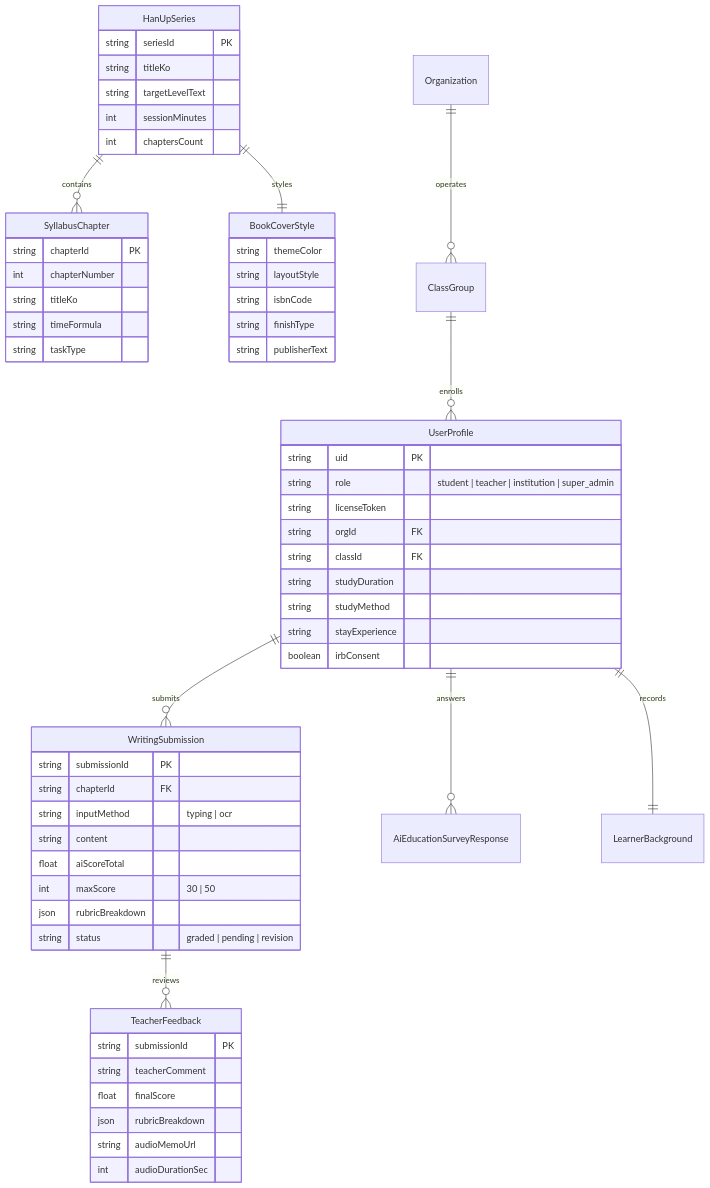
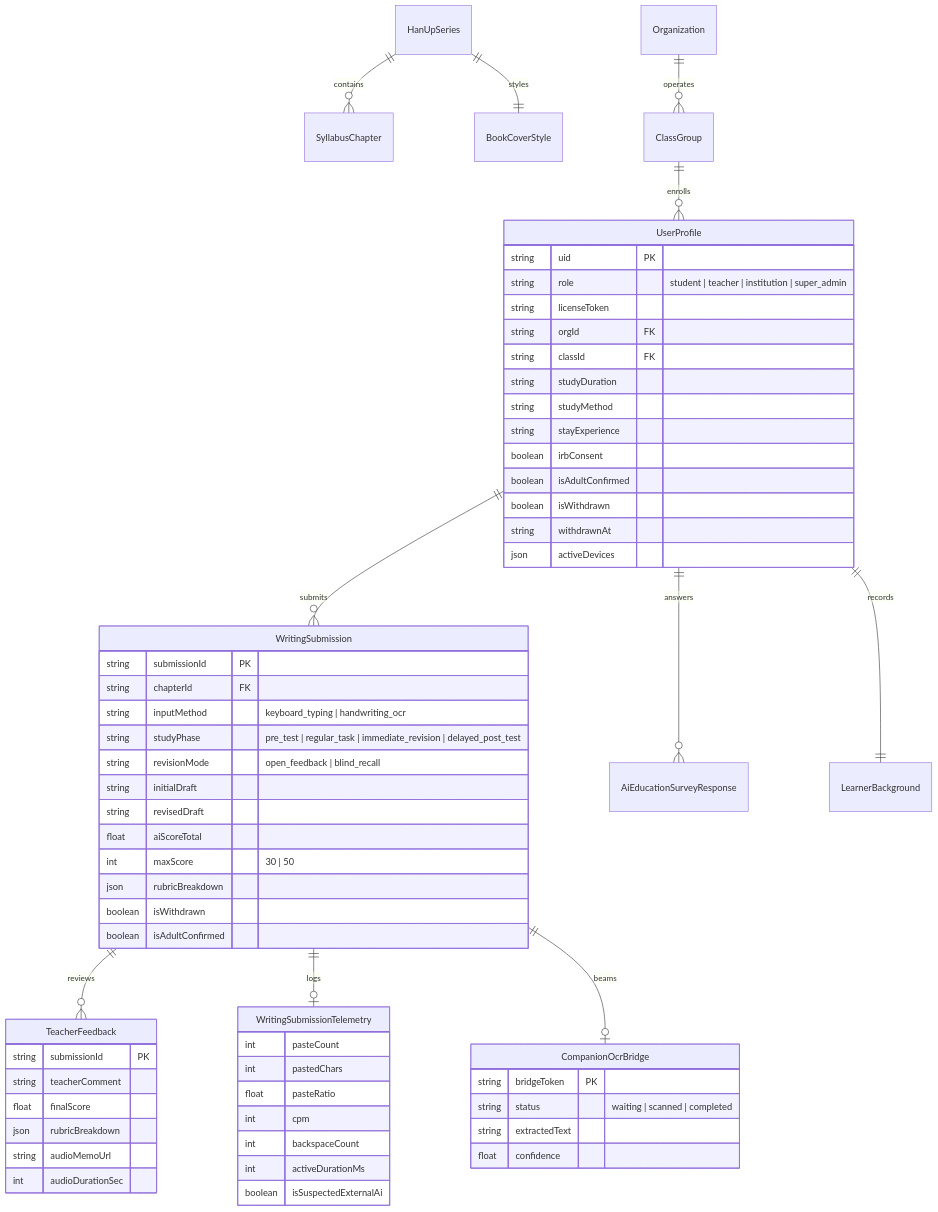
One commit to kfltchJUNO/hanup-platform changed the sixth of 6 diagrams in HANUP_ARCHITECTURE_AND_IMPLEMENTATION_REPORT.md. Above: the diagram before and after it, drawn with Mermaid. The commit also changed other lines of this file and 10 other files, not shown here.

Commit message:
feat: implement dual-session companion OCR, webview defense, hard gate, telemetry & longitudinal IRB controls

````diff
--- a/HANUP_ARCHITECTURE_AND_IMPLEMENTATION_REPORT.md
+++ b/HANUP_ARCHITECTURE_AND_IMPLEMENTATION_REPORT.md
@@ -235,62 +250,66 @@
 ```mermaid
 erDiagram
     HanUpSeries ||--o{ SyllabusChapter : contains
     HanUpSeries ||--|| BookCoverStyle : styles
     Organization ||--o{ ClassGroup : operates
     ClassGroup ||--o{ UserProfile : enrolls
     UserProfile ||--o{ WritingSubmission : submits
     WritingSubmission ||--o{ TeacherFeedback : reviews
     UserProfile ||--o{ AiEducationSurveyResponse : answers
     UserProfile ||--|| LearnerBackground : records
+    WritingSubmission ||--o| WritingSubmissionTelemetry : logs
+    WritingSubmission ||--o| CompanionOcrBridge : beams
 
-    HanUpSeries {
-        string seriesId PK
-        string titleKo
-        string targetLevelText
-        int sessionMinutes
-        int chaptersCount
-    }
-    BookCoverStyle {
-        string themeColor
-        string layoutStyle
-        string isbnCode
-        string finishType
-        string publisherText
-    }
-    SyllabusChapter {
-        string chapterId PK
-        int chapterNumber
-        string titleKo
-        string timeFormula
-        string taskType
-    }
     UserProfile {
         string uid PK
         string role "student | teacher | institution | super_admin"
         string licenseToken
         string orgId FK
         string classId FK
         string studyDuration
         string studyMethod
         string stayExperience
         boolean irbConsent
+        boolean isAdultConfirmed
+        boolean isWithdrawn
+        string withdrawnAt
+        json activeDevices
     }
     WritingSubmission {
         string submissionId PK
         string chapterId FK
-        string inputMethod "typing | ocr"
-        string content
+        string inputMethod "keyboard_typing | handwriting_ocr"
+        string studyPhase "pre_test | regular_task | immediate_revision | delayed_post_test"
+        string revisionMode "open_feedback | blind_recall"
+        string initialDraft
+        string revisedDraft
         float aiScoreTotal
         int maxScore "30 | 50"
         json rubricBreakdown
-        string status "graded | pending | revision"
+        boolean isWithdrawn
+        boolean isAdultConfirmed
+    }
+    WritingSubmissionTelemetry {
+        int pasteCount
+        int pastedChars
+        float pasteRatio
+        int cpm
+        int backspaceCount
+        int activeDurationMs
+        boolean isSuspectedExternalAi
+    }
+    CompanionOcrBridge {
+        string bridgeToken PK
+        string status "waiting | scanned | completed"
+        string extractedText
+        float confidence
     }
     TeacherFeedback {
         string submissionId PK
         string teacherComment
         float finalScore
         json rubricBreakdown
         string audioMemoUrl
         int audioDurationSec
     }
 ```
````
